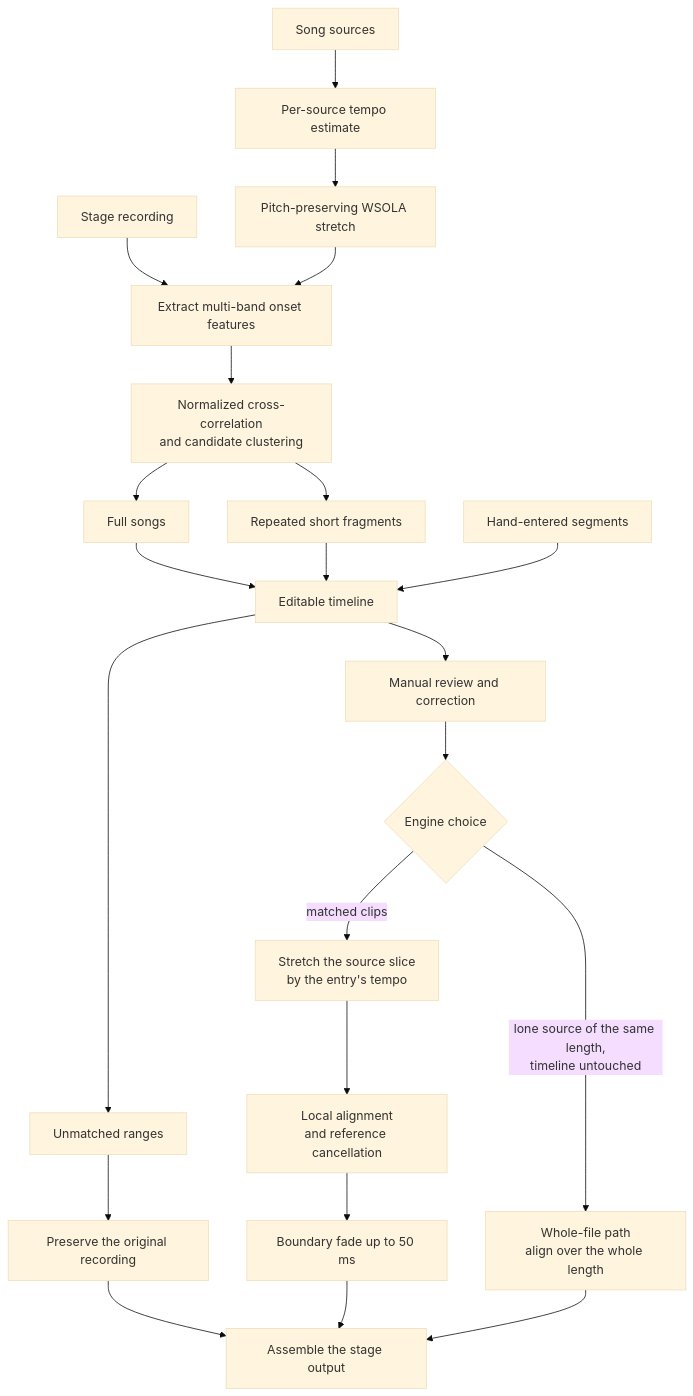
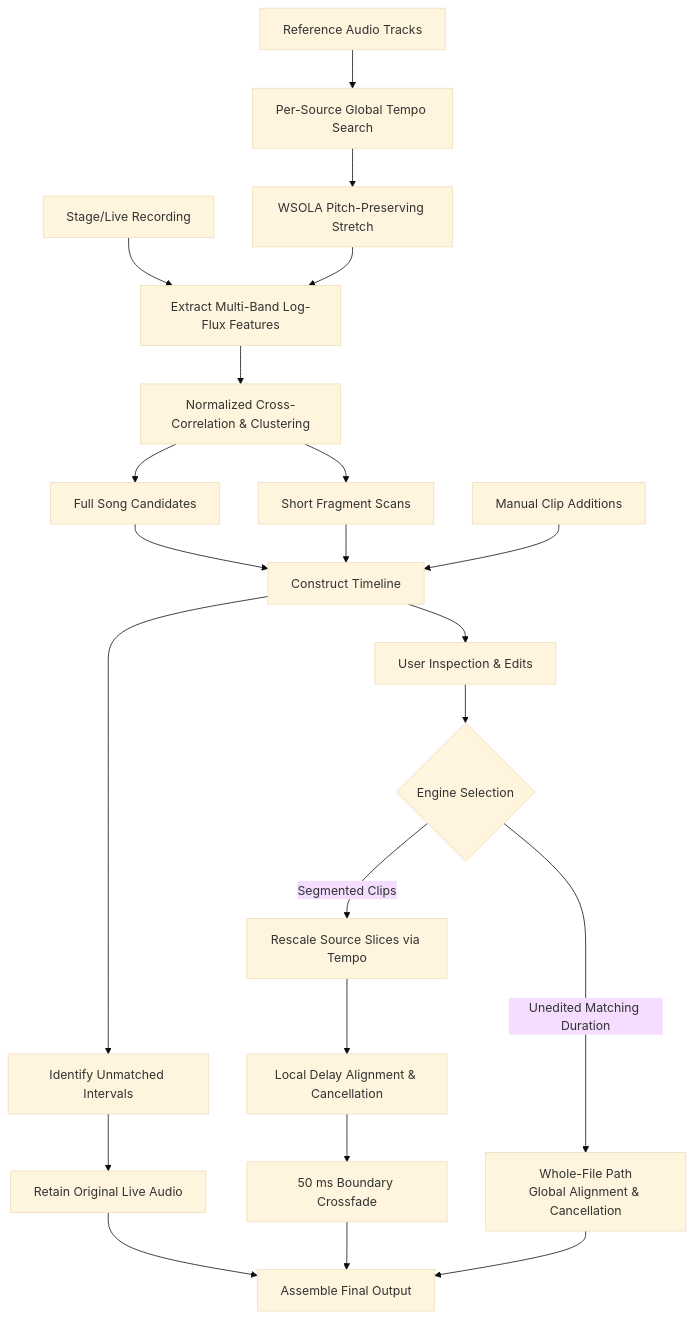
Before and after one commit to ChouChiu/Purivox: the diagram in docs/en/matching.md, drawn with Mermaid (base theme). The commit also changed other lines of this file and 15 other files, not shown here.

````diff
--- a/docs/en/matching.md
+++ b/docs/en/matching.md
@@ -40,24 +24,24 @@
 ```mermaid
 flowchart TB
-    stage["Stage recording"] --> feature["Extract multi-band onset features"]
-    sources["Song sources"] --> speed["Per-source tempo estimate"]
-    speed --> stretch["Pitch-preserving WSOLA stretch"]
+    stage["Stage/Live Recording"] --> feature["Extract Multi-Band Log-Flux Features"]
+    sources["Reference Audio Tracks"] --> speed["Per-Source Global Tempo Search"]
+    speed --> stretch["WSOLA Pitch-Preserving Stretch"]
     stretch --> feature
-    feature --> match["Normalized cross-correlation<br/>and candidate clustering"]
-    match --> song["Full songs"]
-    match --> fragment["Repeated short fragments"]
-    song --> timeline["Editable timeline"]
+    feature --> match["Normalized Cross-Correlation & Clustering"]
+    match --> song["Full Song Candidates"]
+    match --> fragment["Short Fragment Scans"]
+    song --> timeline["Construct Timeline"]
     fragment --> timeline
-    manual["Hand-entered segments"] --> timeline
-    timeline --> review["Manual review and correction"]
-    timeline --> unmatched["Unmatched ranges"]
-    review --> engine{"Engine choice"}
-    engine -->|lone source of the same length,<br/>timeline untouched| whole["Whole-file path<br/>align over the whole length"]
-    engine -->|matched clips| rescale["Stretch the source slice<br/>by the entry's tempo"]
-    rescale --> cancel["Local alignment<br/>and reference cancellation"]
-    cancel --> blend["Boundary fade up to 50 ms"]
-    unmatched --> original["Preserve the original recording"]
-    original --> output["Assemble the stage output"]
+    manual["Manual Clip Additions"] --> timeline
+    timeline --> review["User Inspection & Edits"]
+    timeline --> unmatched["Identify Unmatched Intervals"]
+    review --> engine{"Engine Selection"}
+    engine -->|Unedited Matching Duration| whole["Whole-File Path<br/>Global Alignment & Cancellation"]
+    engine -->|Segmented Clips| rescale["Rescale Source Slices via Tempo"]
+    rescale --> cancel["Local Delay Alignment & Cancellation"]
+    cancel --> blend["50 ms Boundary Crossfade"]
+    unmatched --> original["Retain Original Live Audio"]
+    original --> output["Assemble Final Output"]
     blend --> output
     whole --> output
 ```
````
